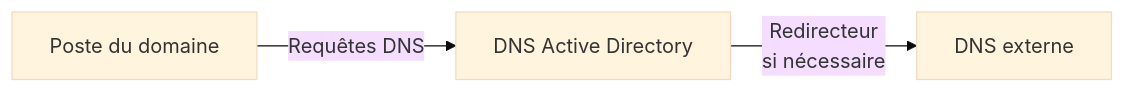
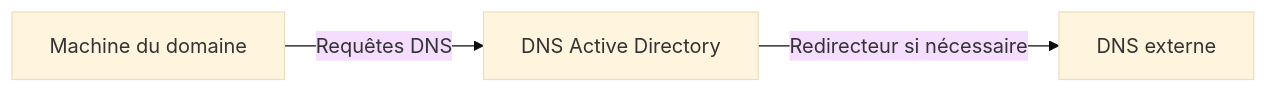
Before and after one commit to lmeryFulbert/SportLudique2026-2027: the third of 20 diagrams in docs/cours/05-Services/active-directory.md, drawn with Mermaid (base theme). The commit also changed other lines of this file and 1 other file, not shown here.

````diff
--- a/docs/cours/05-Services/active-directory.md
+++ b/docs/cours/05-Services/active-directory.md
@@ -493,9 +332,9 @@
 ```mermaid
 flowchart LR
-    CLIENT["Poste du domaine"]
+    CLIENT["Machine du domaine"]
     DNSAD["DNS Active Directory"]
     EXT["DNS externe"]
 
     CLIENT -->|"Requêtes DNS"| DNSAD
-    DNSAD -->|"Redirecteur<br/>si nécessaire"| EXT
+    DNSAD -->|"Redirecteur si nécessaire"| EXT
 ```
````
